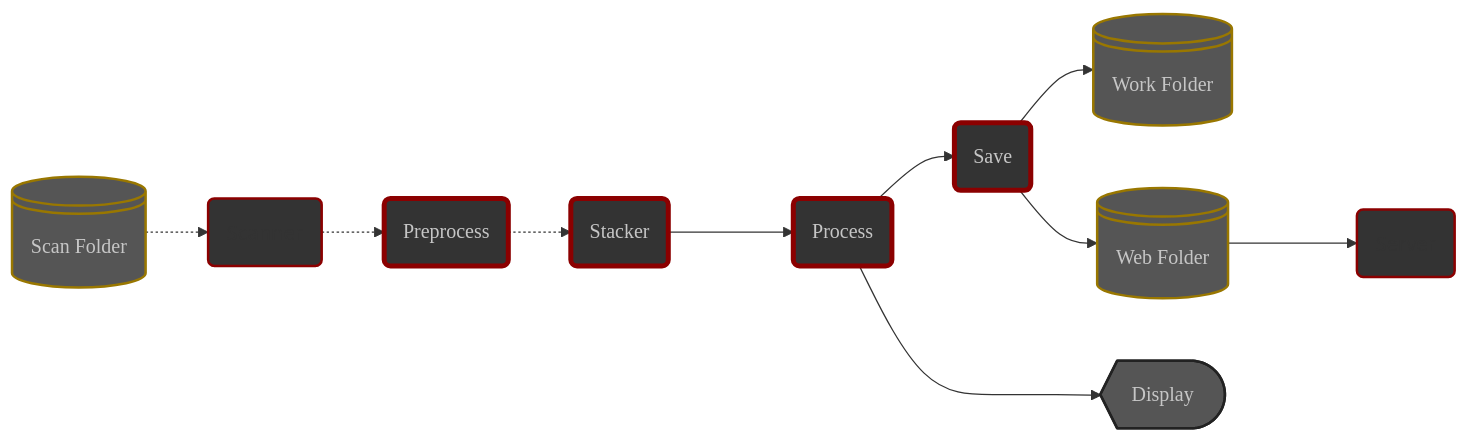
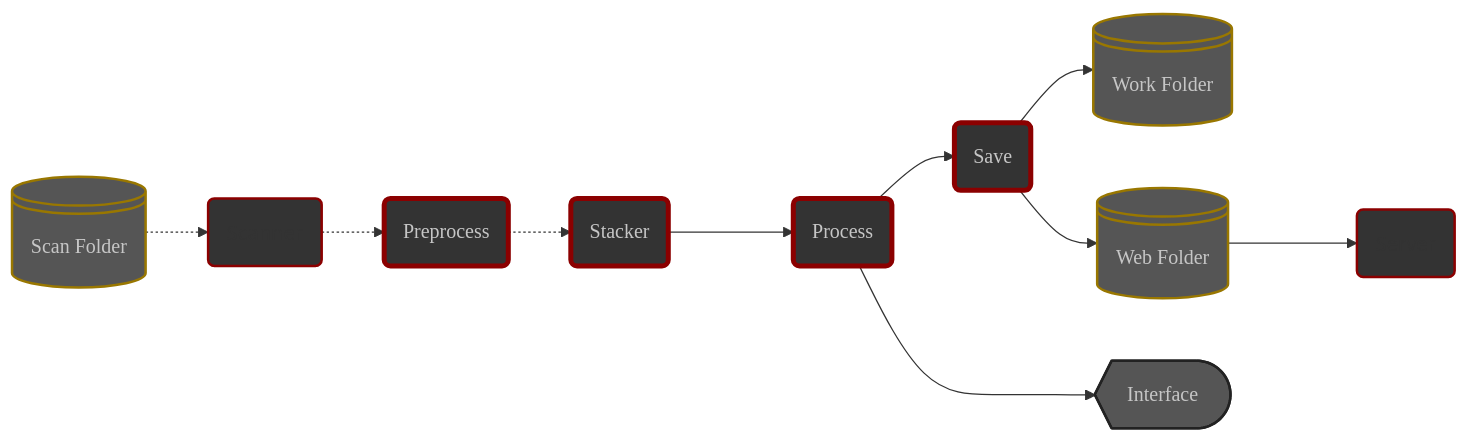
The diagram in content/en/docs/v0.7/userguide/concepts.md (deufrai/als), drawn with Mermaid before and after one commit. The commit also changed other lines of this file and 1 other file, not shown here.

Commit message:
use 'Interface' for GUI in image path diagrams

````diff
--- a/content/en/docs/v0.7/userguide/concepts.md
+++ b/content/en/docs/v0.7/userguide/concepts.md
@@ -67,30 +67,30 @@
 ```mermaid
 graph LR
 
         B(Preprocess) -.-> C(Stacker)
         C ---> D(Process)
         D --> E(Save)
 
 
     S@{ shape: lin-cyl, label: "Scan Folder" } -.-> A(Scanner)        
     A -.-> B
     E --> F@{ shape: lin-cyl, label: "Work Folder" }
     E --> G@{ shape: lin-cyl, label: "Web Folder" }
     G ---> H(Server)
-    D ---> I@{ shape: curv-trap, label: "Display" }
+    D ---> I@{ shape: curv-trap, label: "Interface" }
 
 
     style A fill:#333,stroke:darkred,stroke-width:2px
     style B fill:#333,stroke:darkred,stroke-width:4px,color:#c6c6c6,font-family:'Poppins',sans-serif
     style C fill:#333,stroke:darkred,stroke-width:4px,color:#c6c6c6,font-family:'Poppins',sans-serif
     style D fill:#333,stroke:darkred,stroke-width:4px,color:#c6c6c6,font-family:'Poppins',sans-serif
     style E fill:#333,stroke:darkred,stroke-width:4px,color:#c6c6c6,font-family:'Poppins',sans-serif
 
     style F fill:#555,stroke:#970,stroke-width:2px,color:#c6c6c6,font-family:'Poppins',sans-serif
     style G fill:#555,stroke:#970,stroke-width:2px,color:#c6c6c6,font-family:'Poppins',sans-serif
     style S fill:#555,stroke:#970,stroke-width:2px,color:#c6c6c6,font-family:'Poppins',sans-serif
     
     style I fill:#555,stroke:#222,stroke-width:2px,color:#c6c6c6,font-family:'Poppins',sans-serif
 
     style H fill:#333,stroke:darkred,stroke-width:2px
 ```
````
